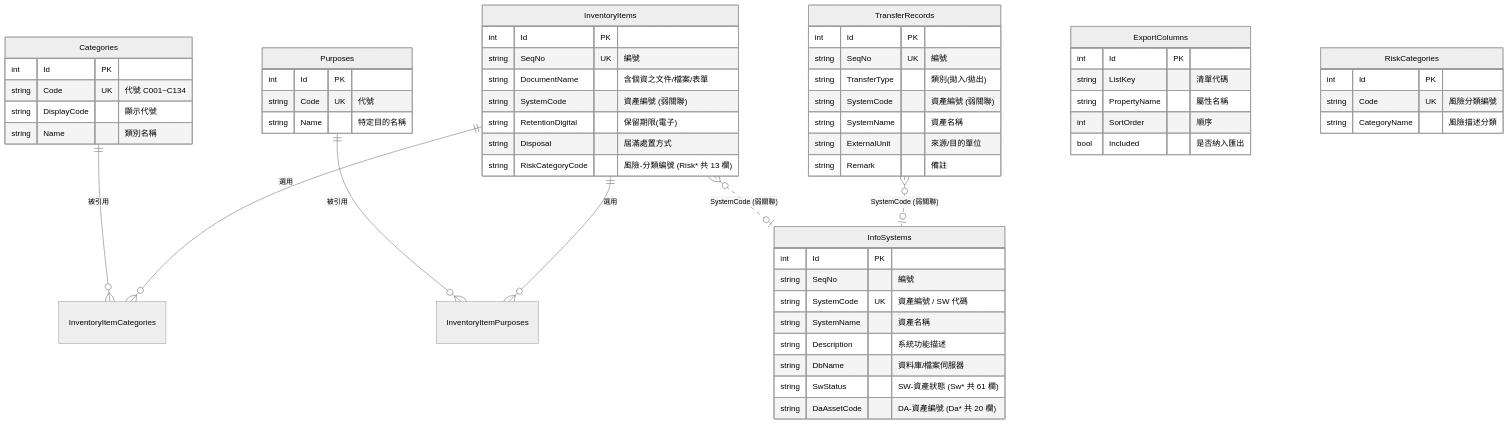
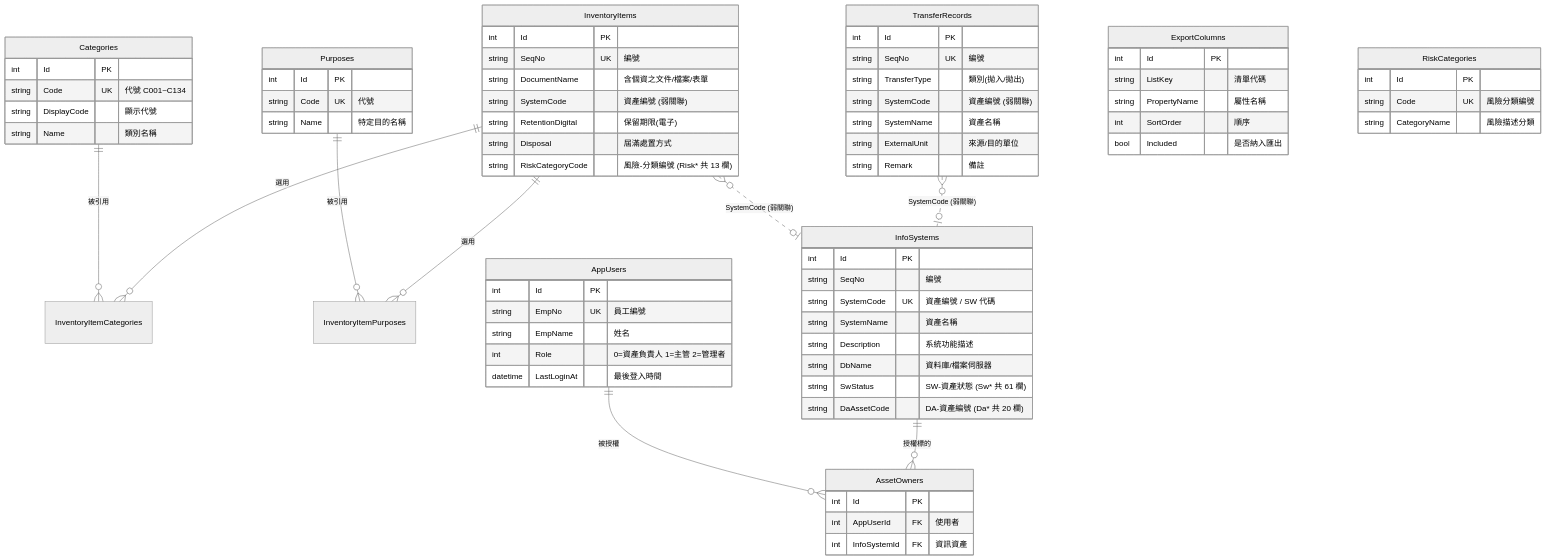
The second of 2 diagrams in PdInventory/docs/架構文件.md (jason9470/PdInventory), drawn with Mermaid (neutral theme) before and after one commit. The commit also changed other lines of this file and 50 other files, not shown here.

````diff
--- a/PdInventory/docs/架構文件.md
+++ b/PdInventory/docs/架構文件.md
@@ -221,6 +234,9 @@
 
     InventoryItems }o..o| InfoSystems : "SystemCode (弱關聯)"
     TransferRecords }o..o| InfoSystems : "SystemCode (弱關聯)"
+
+    AppUsers ||--o{ AssetOwners : "被授權"
+    InfoSystems ||--o{ AssetOwners : "授權標的"
 
     InfoSystems {
         int Id PK
@@ -279,4 +295,18 @@
         string Code UK "風險分類編號"
         string CategoryName "風險描述分類"
     }
+
+    AppUsers {
+        int Id PK
+        string EmpNo UK "員工編號"
+        string EmpName "姓名"
+        int Role "0=資產負責人 1=主管 2=管理者"
+        datetime LastLoginAt "最後登入時間"
+    }
+
+    AssetOwners {
+        int Id PK
+        int AppUserId FK "使用者"
+        int InfoSystemId FK "資訊資產"
+    }
 ```
````
